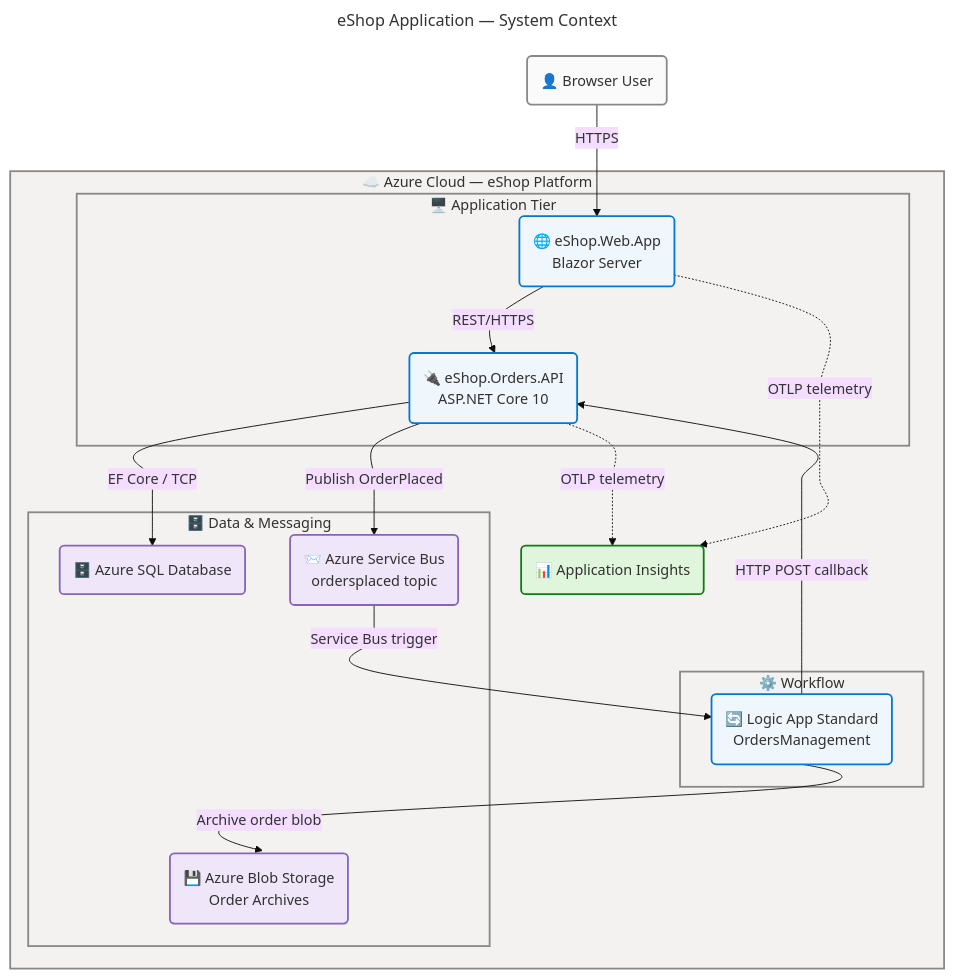
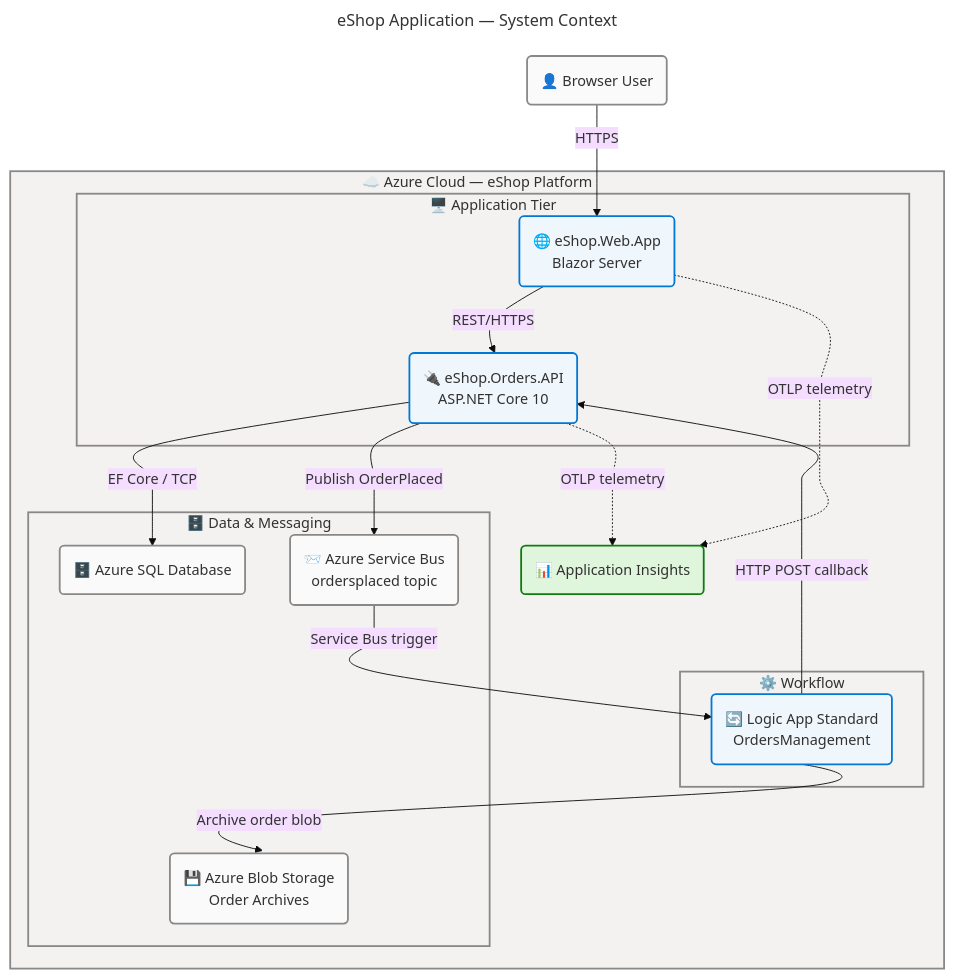
One commit to Evilazaro/Azure-LogicApps-Monitoring changed the first of 9 diagrams in docs/architecture/application-architecture.md. Above: the diagram before and after it, drawn with Mermaid. The commit also changed other lines of this file, not shown here.

Commit message:
style: Update class definitions in architecture diagrams for clarity

````diff
--- a/docs/architecture/application-architecture.md
+++ b/docs/architecture/application-architecture.md
@@ -53,67 +53,66 @@
 ```mermaid
 ---
 title: eShop Application — System Context
 config:
   theme: base
   look: classic
   layout: dagre
   themeVariables:
     fontSize: '16px'
   flowchart:
     htmlLabels: true
     curve: cardinal
 ---
 flowchart TB
     accTitle: eShop Application System Context Diagram
     accDescr: System context showing external users, the eShop Blazor frontend, Orders REST API, Azure infrastructure services, and the Logic App workflow worker. WCAG AA compliant.
 
     %% ═══════════════════════════════════════════════════════════════════════════
     %% AZURE / FLUENT ARCHITECTURE PATTERN v1.1
     %% (Semantic + Structural + Font + Accessibility Governance)
     %% ═══════════════════════════════════════════════════════════════════════════
     %% PHASE 1 - FLUENT UI: All styling uses approved Fluent UI palette only
     %% PHASE 2 - GROUPS: Every subgraph has semantic color via style directive
     %% PHASE 3 - COMPONENTS: Every node has semantic classDef + icon prefix
     %% PHASE 4 - ACCESSIBILITY: accTitle/accDescr present, WCAG AA contrast
     %% PHASE 5 - STANDARD: Governance block present, classDefs centralized
     %% ═══════════════════════════════════════════════════════════════════════════
 
     USR("👤 Browser User"):::neutral
 
     subgraph CLOUD["☁️ Azure Cloud — eShop Platform"]
         subgraph APPS["🖥️ Application Tier"]
             WEB("🌐 eShop.Web.App<br>Blazor Server"):::core
             API("🔌 eShop.Orders.API<br>ASP.NET Core 10"):::core
         end
         subgraph DATA["🗄️ Data & Messaging"]
-            DB("🗄️ Azure SQL Database"):::data
-            SB("📨 Azure Service Bus<br>ordersplaced topic"):::data
-            BLOB("💾 Azure Blob Storage<br>Order Archives"):::data
+            DB("🗄️ Azure SQL Database"):::neutral
+            SB("📨 Azure Service Bus<br>ordersplaced topic"):::neutral
+            BLOB("💾 Azure Blob Storage<br>Order Archives"):::neutral
         end
         subgraph WORKFLOW["⚙️ Workflow"]
             LA("🔄 Logic App Standard<br>OrdersManagement"):::core
         end
         AI("📊 Application Insights"):::success
     end
 
     USR -->|"HTTPS"| WEB
     WEB -->|"REST/HTTPS"| API
     API -->|"EF Core / TCP"| DB
     API -->|"Publish OrderPlaced"| SB
     SB -->|"Service Bus trigger"| LA
     LA -->|"HTTP POST callback"| API
     LA -->|"Archive order blob"| BLOB
     API -.->|"OTLP telemetry"| AI
     WEB -.->|"OTLP telemetry"| AI
 
     style CLOUD fill:#F3F2F1,stroke:#8A8886,stroke-width:2px,color:#323130
     style APPS fill:#F3F2F1,stroke:#8A8886,stroke-width:2px,color:#323130
     style DATA fill:#F3F2F1,stroke:#8A8886,stroke-width:2px,color:#323130
     style WORKFLOW fill:#F3F2F1,stroke:#8A8886,stroke-width:2px,color:#323130
 
     %% Centralized classDefs
     classDef neutral fill:#FAFAFA,stroke:#8A8886,stroke-width:2px,color:#323130
     classDef core fill:#EFF6FC,stroke:#0078D4,stroke-width:2px,color:#323130
-    classDef data fill:#F0E6FA,stroke:#8764B8,stroke-width:2px,color:#323130
     classDef success fill:#DFF6DD,stroke:#107C10,stroke-width:2px,color:#323130
 ```
````
